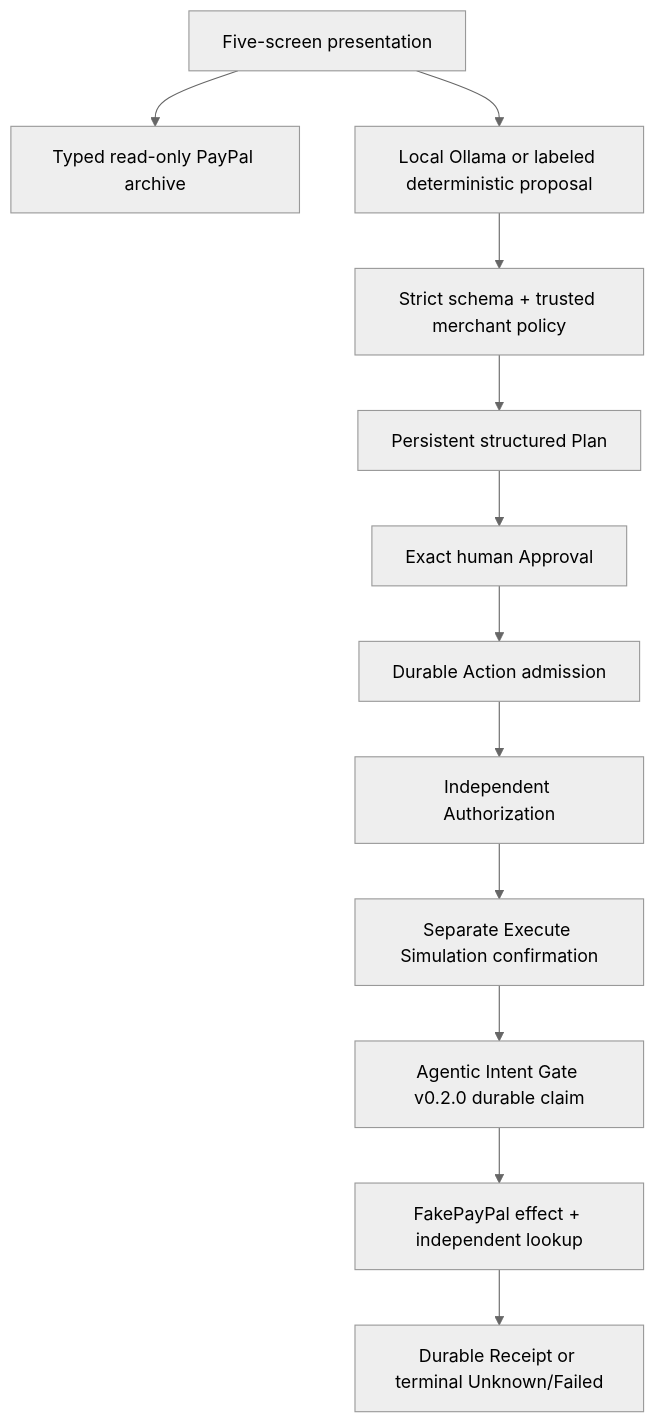
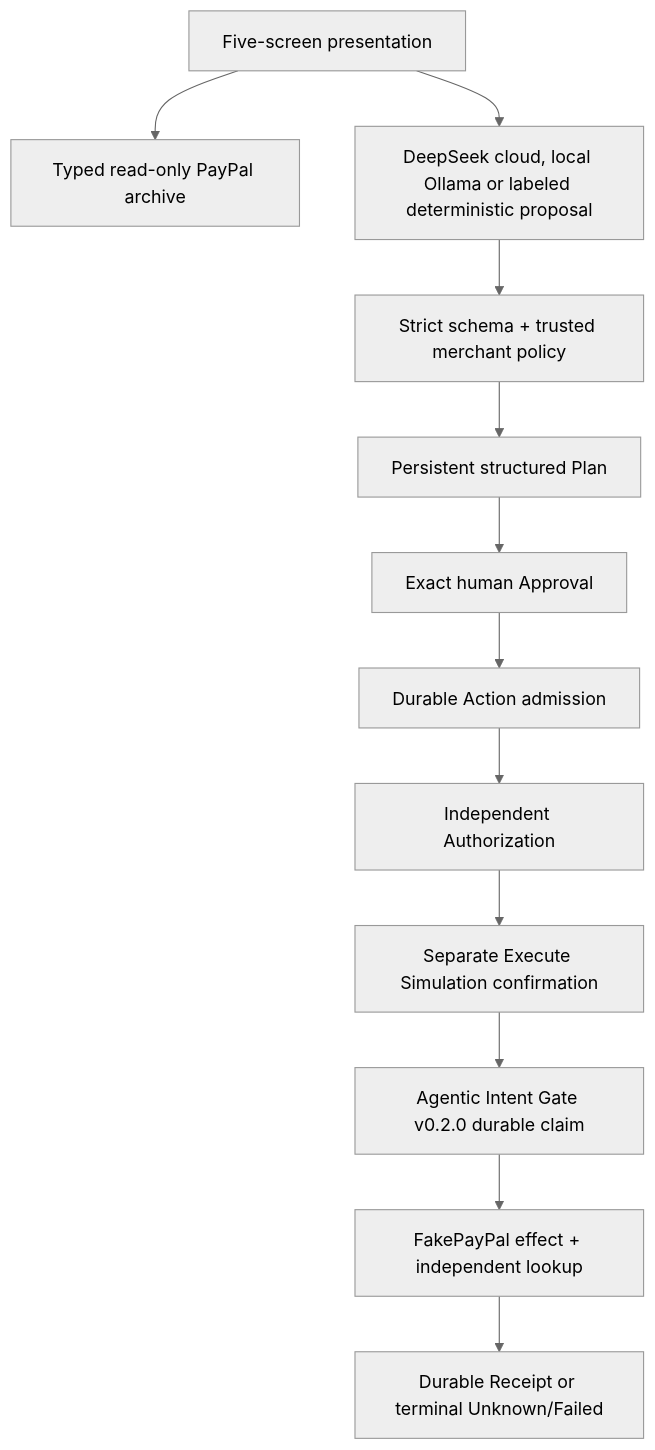
One commit to miku-wwl/refund-sentinel-agent changed the diagram in docs/architecture.md. Above: the diagram before and after it, drawn with Mermaid (neutral theme). The commit also changed other lines of this file and 14 other files, not shown here.

Commit message:
feat: add DeepSeek Phase 4.6 integration

````diff
--- a/docs/architecture.md
+++ b/docs/architecture.md
@@ -6,14 +6,14 @@
 ```mermaid
 flowchart TD
   UI[Five-screen presentation] --> ARCHIVE[Typed read-only PayPal archive]
-  UI --> AI[Local Ollama or labeled deterministic proposal]
+  UI --> AI[DeepSeek cloud, local Ollama or labeled deterministic proposal]
   AI --> POLICY[Strict schema + trusted merchant policy]
   POLICY --> PLAN[Persistent structured Plan]
   PLAN --> APPROVE[Exact human Approval]
   APPROVE --> ADMIT[Durable Action admission]
   ADMIT --> AUTH[Independent Authorization]
   AUTH --> PERMIT[Separate Execute Simulation confirmation]
   PERMIT --> CLAIM[Agentic Intent Gate v0.2.0 durable claim]
   CLAIM --> FAKE[FakePayPal effect + independent lookup]
   FAKE --> RESULT[Durable Receipt or terminal Unknown/Failed]
 ```
````
